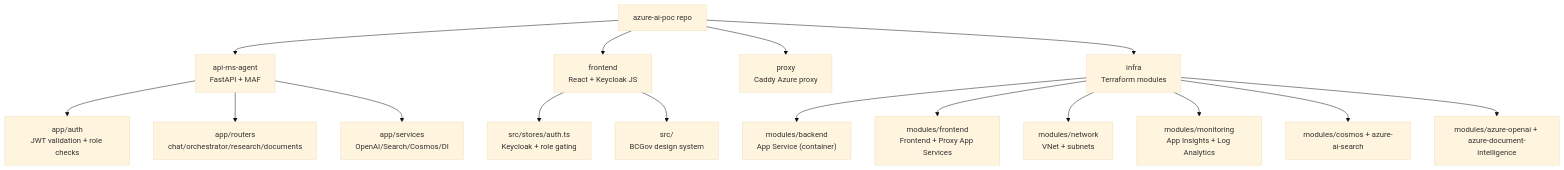
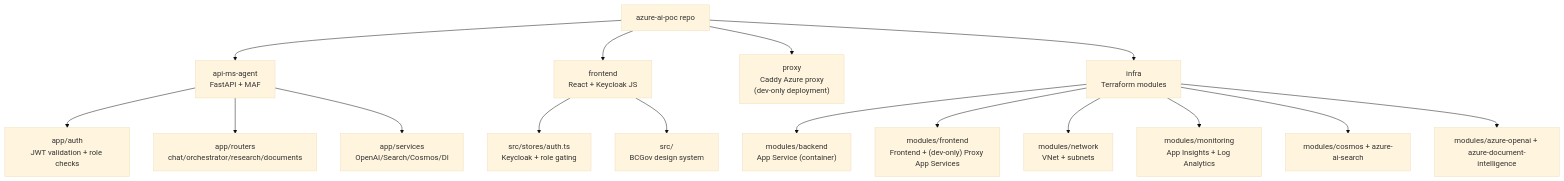
One commit to bcgov/azure-ai-poc changed the second of 7 diagrams in docs/ARCHITECTURE_DEMO.md. Above: the diagram before and after it, drawn with Mermaid (base theme). The commit also changed other lines of this file, not shown here.

Commit message:
updated docs to reflect that caddy proxy is dev only

````diff
--- a/docs/ARCHITECTURE_DEMO.md
+++ b/docs/ARCHITECTURE_DEMO.md
@@ -92,22 +96,22 @@
 ```mermaid
 flowchart TB
-  R[azure-ai-poc repo]
+  R["azure-ai-poc repo"]
   R --> AMS["api-ms-agent<br/>FastAPI + MAF"]
   R --> FE["frontend<br/>React + Keycloak JS"]
-  R --> PX["proxy<br/>Caddy Azure proxy"]
+  R --> PX["proxy<br/>Caddy Azure proxy<br/>(dev-only deployment)"]
   R --> INF["infra<br/>Terraform modules"]
 
   AMS --> AMS_AUTH["app/auth<br/>JWT validation + role checks"]
   AMS --> AMS_ROUT["app/routers<br/>chat/orchestrator/research/documents"]
   AMS --> AMS_SVC["app/services<br/>OpenAI/Search/Cosmos/DI"]
 
   FE --> FE_AUTH["src/stores/auth.ts<br/>Keycloak + role gating"]
   FE --> FE_UI["src/<br/>BCGov design system"]
 
   INF --> M_BACK["modules/backend<br/>App Service (container)"]
-  INF --> M_FRONT["modules/frontend<br/>Frontend + Proxy App Services"]
+  INF --> M_FRONT["modules/frontend<br/>Frontend + (dev-only) Proxy App Services"]
   INF --> M_NET["modules/network<br/>VNet + subnets"]
   INF --> M_MON["modules/monitoring<br/>App Insights + Log Analytics"]
-  INF --> M_DATA[modules/cosmos + azure-ai-search]
-  INF --> M_AI[modules/azure-openai + azure-document-intelligence]
+  INF --> M_DATA["modules/cosmos + azure-ai-search"]
+  INF --> M_AI["modules/azure-openai + azure-document-intelligence"]
 ```
````
